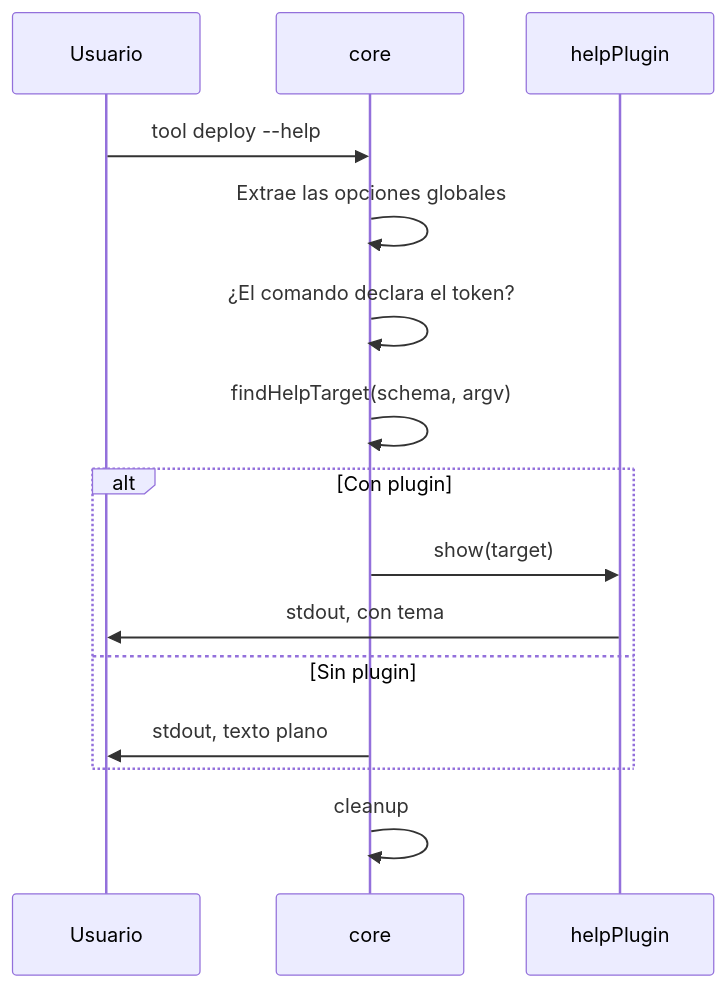
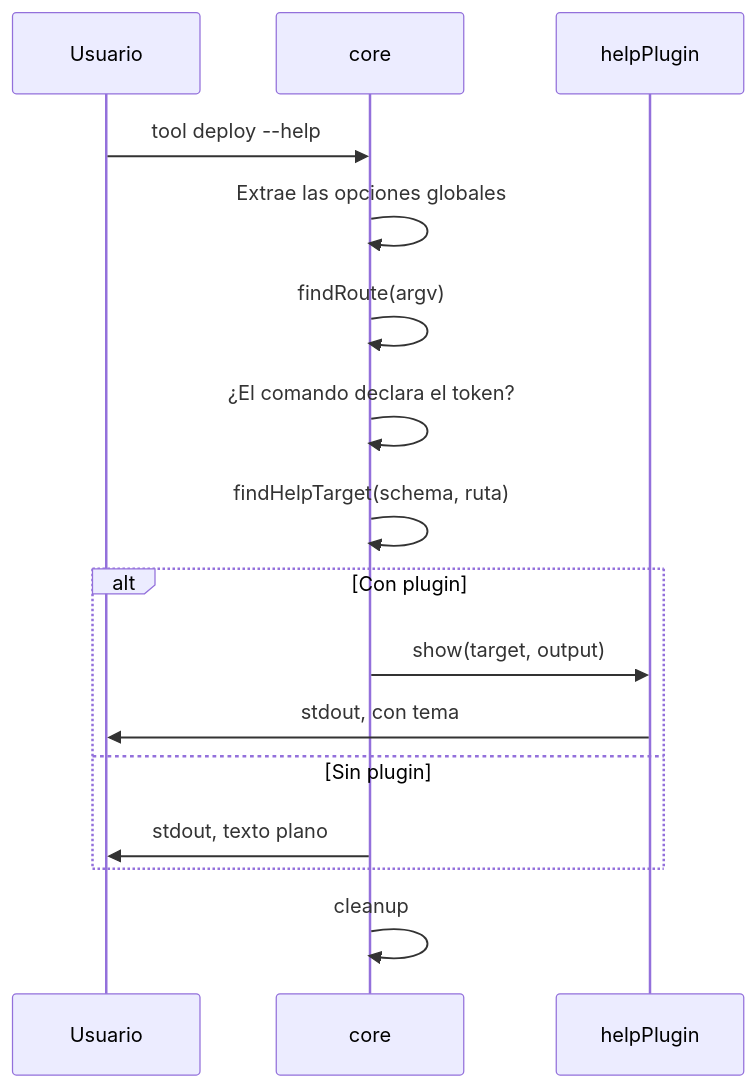
One commit to jrodrigopuca/runa-cmd changed the diagram in docs/flows/help-rendering.md. Above: the diagram before and after it, drawn with Mermaid. The commit also changed other lines of this file and 19 other files, not shown here.

Commit message:
feat(core): route help like commands and treat nothing to run as a usage error

````diff
--- a/docs/flows/help-rendering.md
+++ b/docs/flows/help-rendering.md
@@ -7,17 +7,18 @@
 ```mermaid
 sequenceDiagram
     participant U as Usuario
     participant C as core
     participant H as helpPlugin
     U->>C: tool deploy --help
     C->>C: Extrae las opciones globales
+    C->>C: findRoute(argv)
     C->>C: ¿El comando declara el token?
-    C->>C: findHelpTarget(schema, argv)
+    C->>C: findHelpTarget(schema, ruta)
     alt Con plugin
-        C->>H: show(target)
+        C->>H: show(target, output)
         H->>U: stdout, con tema
     else Sin plugin
         C->>U: stdout, texto plano
     end
     C->>C: cleanup
 ```
````
